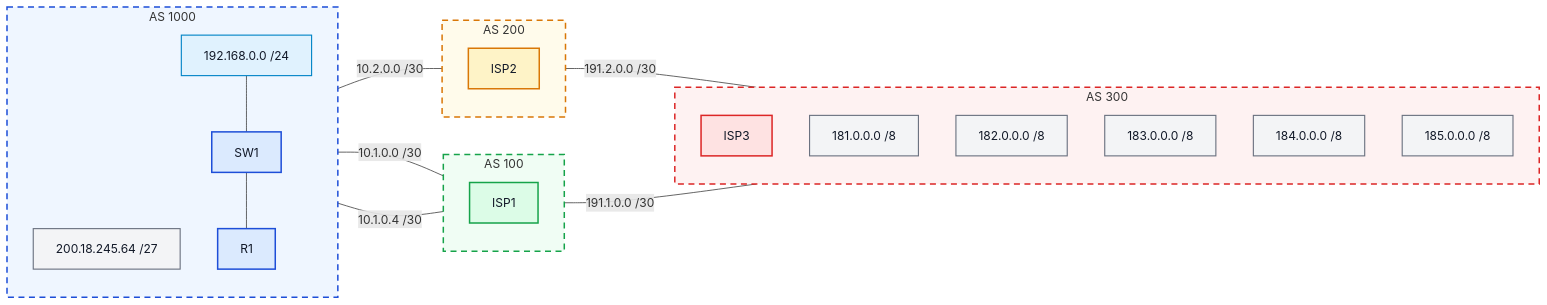
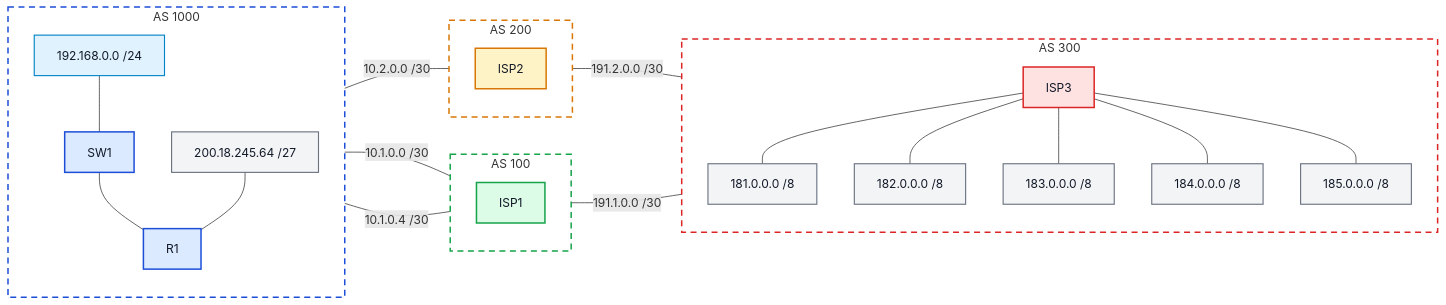
Before and after one commit to oficialvzi/PTR: the diagram in labs/lab07.md, drawn with Mermaid. The commit also changed other lines of this file and 14 other files, not shown here.

````diff
--- a/labs/lab07.md
+++ b/labs/lab07.md
@@ -24,66 +48,73 @@
 ```mermaid
 flowchart LR
     %% ===== AS 1000 =====
     subgraph AS1000["AS 1000"]
         direction TB
         PFX1["200.18.245.64 /27"]
         SW1["SW1"]
         LAN1["192.168.0.0 /24"]
         R1["R1"]
 
         SW1 --- R1
         LAN1 --- SW1
+        PFX1 --- R1
     end
 
     %% ===== AS 100 =====
     subgraph AS100["AS 100"]
         direction TB
         ISP1["ISP1"]
     end
 
     %% ===== AS 200 =====
     subgraph AS200["AS 200"]
         direction TB
         ISP2["ISP2"]
     end
 
     %% ===== AS 300 =====
     subgraph AS300["AS 300"]
         direction TB
         ISP3["ISP3"]
         P181["181.0.0.0 /8"]
         P182["182.0.0.0 /8"]
         P183["183.0.0.0 /8"]
         P184["184.0.0.0 /8"]
         P185["185.0.0.0 /8"]
+
+        ISP3 --- P181
+        ISP3 --- P182
+        ISP3 --- P183
+        ISP3 --- P184
+        ISP3 --- P185
     end
 
     %% ===== Links =====
     R1 ---|10.1.0.0 /30| ISP1
-    R1 ---|10.1.0.4 /30| ISP1 
+    R1 ---|10.1.0.4 /30| ISP1
     R1 ---|10.2.0.0 /30| ISP2
     ISP1 ---|191.1.0.0 /30| ISP3
     ISP2 ---|191.2.0.0 /30| ISP3
 
     %% ===== Cores dos nós =====
     classDef empresa fill:#dbeafe,stroke:#1d4ed8,color:#111827,stroke-width:2px;
     classDef isp1 fill:#dcfce7,stroke:#16a34a,color:#111827,stroke-width:2px;
     classDef isp2 fill:#fef3c7,stroke:#d97706,color:#111827,stroke-width:2px;
     classDef isp3 fill:#fee2e2,stroke:#dc2626,color:#111827,stroke-width:2px;
     classDef prefixo fill:#f3f4f6,stroke:#6b7280,color:#111827,stroke-width:1.5px;
     classDef lan fill:#e0f2fe,stroke:#0284c7,color:#111827,stroke-width:1.5px;
 
     class R1,SW1 empresa;
     class ISP1 isp1;
     class ISP2 isp2;
     class ISP3 isp3;
     class PFX1,P181,P182,P183,P184,P185 prefixo;
     class LAN1 lan;
 
     %% ===== Estilo dos AS =====
-    style AS1000 fill:#eff6ff,stroke:#1d4ed8,stroke-width:2px,stroke-dasharray: 8 6
-    style AS100 fill:#f0fdf4,stroke:#16a34a,stroke-width:2px,stroke-dasharray: 8 6
-    style AS200 fill:#fffbeb,stroke:#d97706,stroke-width:2px,stroke-dasharray: 8 6
-    style AS300 fill:#fef2f2,stroke:#dc2626,stroke-width:2px,stroke-dasharray: 8 6
+    style AS1000 fill:transparent,stroke:#1d4ed8,stroke-width:2px,stroke-dasharray: 8 6
+    style AS100 fill:transparent,stroke:#16a34a,stroke-width:2px,stroke-dasharray: 8 6
+    style AS200 fill:transparent,stroke:#d97706,stroke-width:2px,stroke-dasharray: 8 6
+    style AS300 fill:transparent,stroke:#dc2626,stroke-width:2px,stroke-dasharray: 8 6
 
 ```
````
